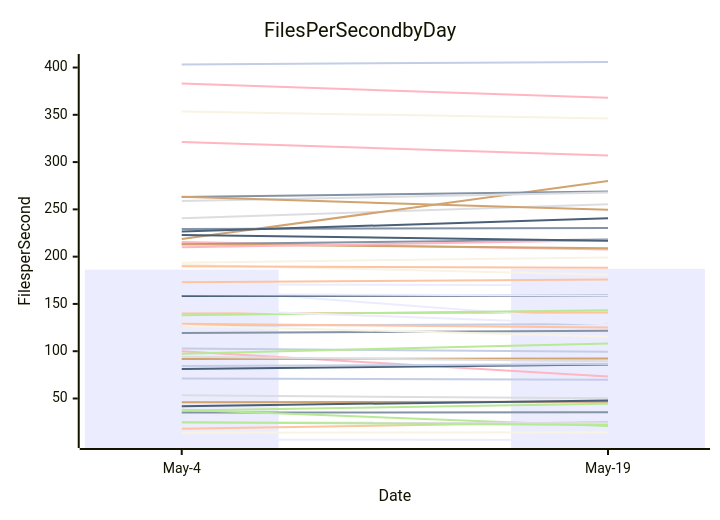
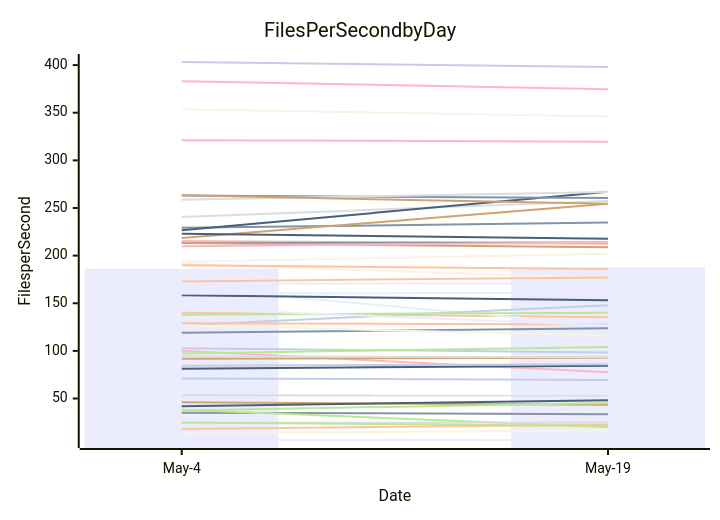
Before and after one commit to streetsidesoftware/cspell: the diagram in perf-report.md, drawn with Mermaid. The commit also changed other lines of this file and 2 other files, not shown here.

````diff
--- a/perf-report.md
+++ b/perf-report.md
@@ -11,57 +11,57 @@
 ```mermaid
 xychart-beta
     title Files Per Second by Day
     y-axis Files per Second
     x-axis Date [May-4, May-19]
-    bar [186.25, 187.14]
-    line [35.07, 35.45]
-    line [140.01, 140.94]
-    line [53.38, 50.19]
-    line [38.18, 21.03]
-    line [46.04, 46.60]
-    line [71.11, 69.87]
-    line [100.08, 73.14]
-    line [81.26, 85.94]
-    line [191.37, 180.98]
-    line [166.55, 132.23]
-    line [119.17, 121.51]
-    line [17.95, 25.12]
-    line [24.56, 24.30]
-    line [24.93, 21.91]
-    line [91.75, 92.34]
-    line [102.79, 99.42]
-    line [382.99, 368.00]
-    line [158.32, 158.95]
-    line [13.72, 14.31]
-    line [6.46, 6.11]
-    line [229.32, 230.35]
-    line [189.78, 188.15]
-    line [240.52, 255.42]
-    line [37.38, 44.37]
-    line [218.55, 280.04]
-    line [127.00, 128.68]
-    line [215.39, 207.55]
-    line [226.51, 240.53]
-    line [353.58, 346.05]
-    line [160.29, 158.96]
-    line [213.17, 218.24]
-    line [129.13, 125.02]
-    line [94.12, 89.47]
-    line [138.03, 143.44]
-    line [213.15, 208.80]
-    line [84.38, 86.38]
-    line [321.24, 307.07]
-    line [41.81, 47.97]
-    line [126.81, 115.57]
-    line [144.52, 128.57]
-    line [263.11, 268.97]
-    line [172.93, 175.72]
-    line [258.73, 267.85]
-    line [97.37, 108.23]
-    line [263.28, 249.50]
-    line [403.25, 405.84]
-    line [209.84, 217.36]
-    line [222.86, 216.91]
-    line [193.68, 199.18]
-    line [170.59, 169.71]
+    bar [186.25, 187.94]
+    line [35.07, 33.61]
+    line [140.01, 135.42]
+    line [53.38, 53.17]
+    line [38.18, 20.00]
+    line [46.04, 43.44]
+    line [71.11, 69.47]
+    line [100.08, 77.54]
+    line [81.26, 84.52]
+    line [191.37, 176.15]
+    line [166.55, 126.61]
+    line [119.17, 123.77]
+    line [17.95, 22.53]
+    line [24.56, 24.84]
+    line [24.93, 21.05]
+    line [91.75, 92.82]
+    line [102.79, 98.35]
+    line [382.99, 374.77]
+    line [158.32, 153.28]
+    line [13.72, 16.48]
+    line [6.46, 6.48]
+    line [229.32, 234.71]
+    line [189.78, 185.86]
+    line [240.52, 257.39]
+    line [37.38, 45.35]
+    line [218.55, 254.57]
+    line [127.00, 147.92]
+    line [215.39, 212.55]
+    line [226.51, 267.13]
+    line [353.58, 346.15]
+    line [160.29, 160.94]
+    line [213.17, 213.72]
+    line [129.13, 127.71]
+    line [94.12, 93.35]
+    line [138.03, 140.07]
+    line [213.15, 208.87]
+    line [84.38, 85.95]
+    line [321.24, 319.57]
+    line [41.81, 48.29]
+    line [126.81, 116.06]
+    line [144.52, 126.78]
+    line [263.11, 260.36]
+    line [172.93, 177.15]
+    line [258.73, 266.74]
+    line [97.37, 104.19]
+    line [263.28, 254.35]
+    line [403.25, 398.12]
+    line [209.84, 213.89]
+    line [222.86, 217.73]
+    line [193.68, 201.86]
+    line [170.59, 170.67]
 ```
````
